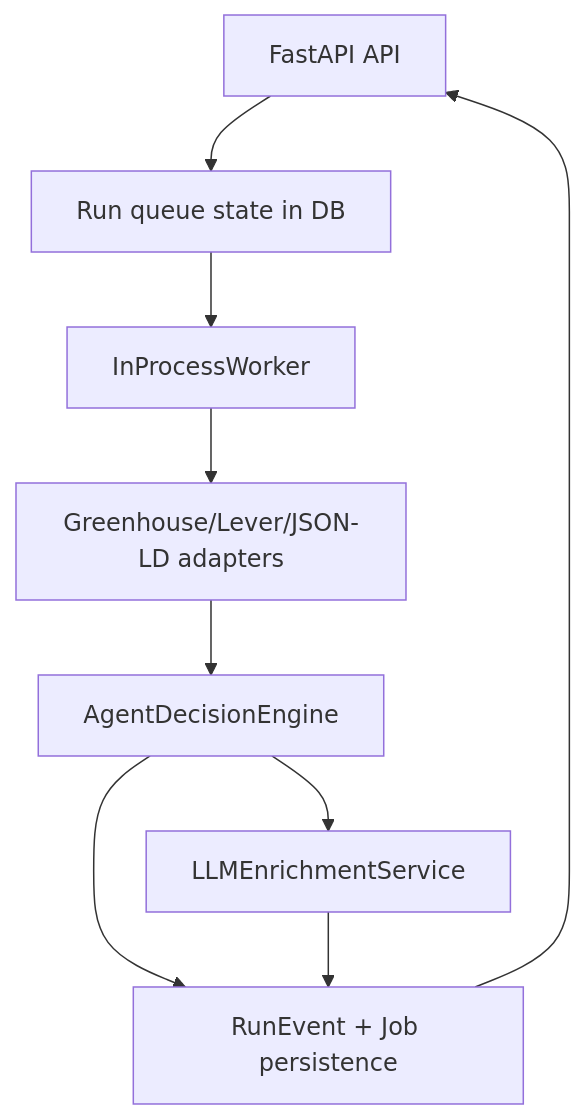
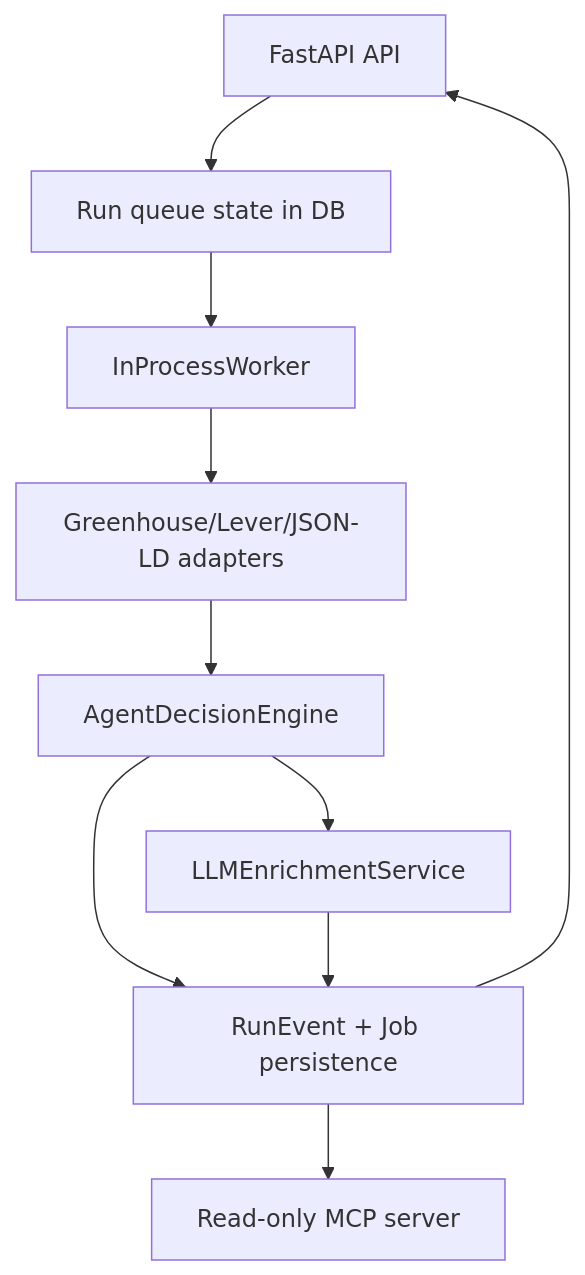
One commit to Francis1998/agentic-career-search changed the diagram in ARCHITECTURE.md. Above: the diagram before and after it, drawn with Mermaid. The commit also changed other lines of this file and 14 other files, not shown here.

First line of the commit message:
docs(mcp): MCP server guide, demo GIF from a real stdio session

````diff
--- a/ARCHITECTURE.md
+++ b/ARCHITECTURE.md
@@ -3,11 +3,12 @@
 ```mermaid
 flowchart TD
     API[FastAPI API] --> QUEUE[Run queue state in DB]
     QUEUE --> WORKER[InProcessWorker]
     WORKER --> ADAPTERS[Greenhouse/Lever/JSON-LD adapters]
     ADAPTERS --> ENGINE[AgentDecisionEngine]
     ENGINE --> LLM[LLMEnrichmentService]
     ENGINE --> STORE[RunEvent + Job persistence]
     LLM --> STORE
     STORE --> API
+    STORE --> MCP[Read-only MCP server]
 ```
````
